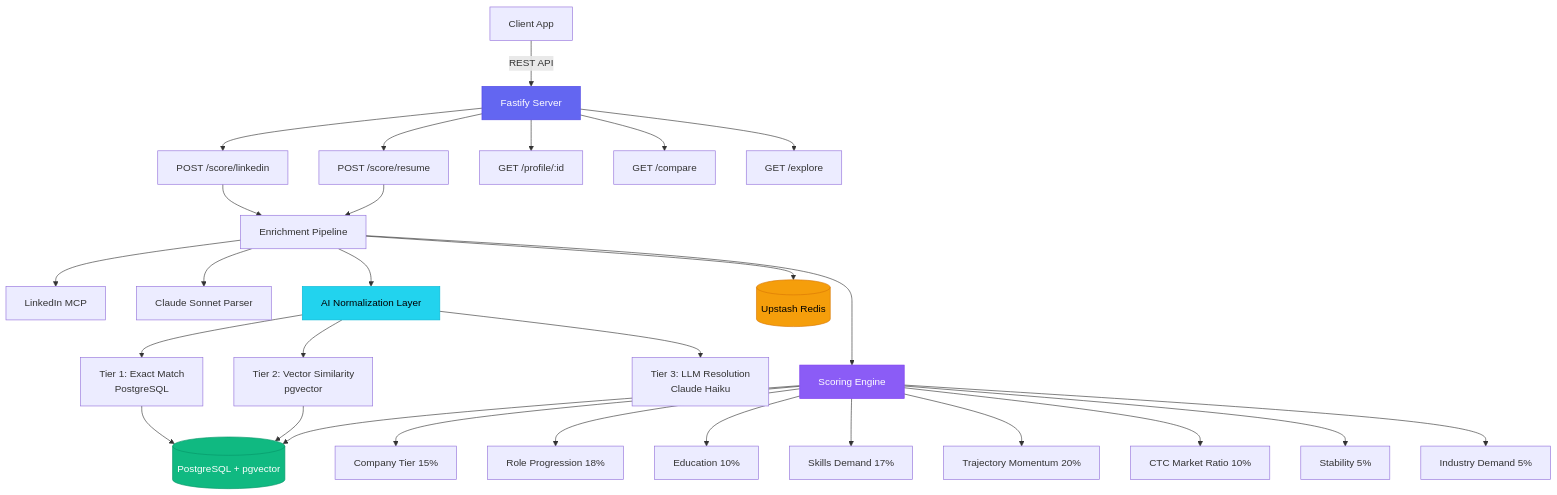
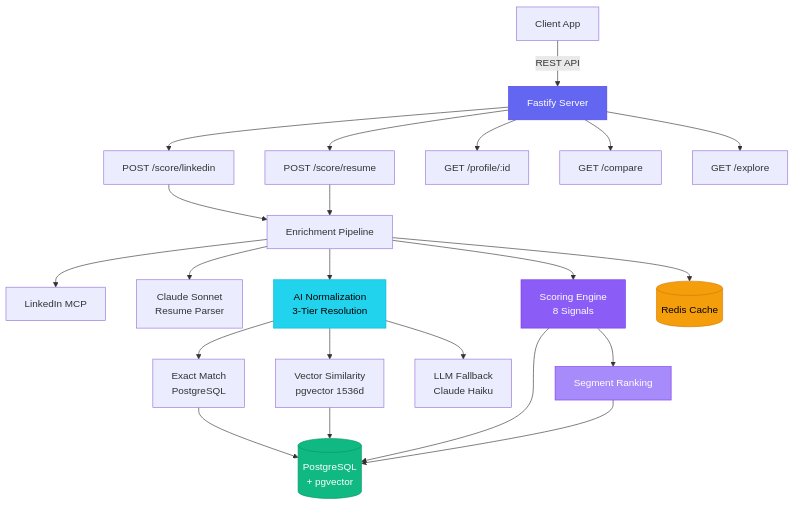
The first of 3 diagrams in README.md (Sarthak88-cypher/Server_Scodash), drawn with Mermaid before and after one commit. The commit also changed other lines of this file, not shown here.

First line of the commit message:
docs: improve README with detailed API docs, architecture diagrams, and setup guide

````diff
--- a/README.md
+++ b/README.md
@@ -7,43 +36,37 @@
 ```mermaid
 graph TB
     Client[Client App] -->|REST API| Server[Fastify Server]
 
     Server --> ScoreLinkedIn[POST /score/linkedin]
     Server --> ScoreResume[POST /score/resume]
     Server --> Profile[GET /profile/:id]
     Server --> Compare[GET /compare]
     Server --> Explore[GET /explore]
 
     ScoreLinkedIn --> Pipeline[Enrichment Pipeline]
     ScoreResume --> Pipeline
 
     Pipeline --> LinkedInMCP[LinkedIn MCP]
-    Pipeline --> ResumeParse[Claude Sonnet Parser]
-    Pipeline --> AILayer[AI Normalization Layer]
+    Pipeline --> ResumeParse[Claude Sonnet<br/>Resume Parser]
+    Pipeline --> AILayer[AI Normalization<br/>3-Tier Resolution]
 
-    AILayer --> ExactMatch[Tier 1: Exact Match<br/>PostgreSQL]
-    AILayer --> VectorSearch[Tier 2: Vector Similarity<br/>pgvector]
-    AILayer --> LLMFallback[Tier 3: LLM Resolution<br/>Claude Haiku]
+    AILayer --> ExactMatch[Exact Match<br/>PostgreSQL]
+    AILayer --> VectorSearch[Vector Similarity<br/>pgvector 1536d]
+    AILayer --> LLMFallback[LLM Fallback<br/>Claude Haiku]
 
-    Pipeline --> ScoringEngine[Scoring Engine]
+    Pipeline --> ScoringEngine[Scoring Engine<br/>8 Signals]
+    ScoringEngine --> Ranking[Segment Ranking]
 
-    ScoringEngine --> S1[Company Tier 15%]
-    ScoringEngine --> S2[Role Progression 18%]
-    ScoringEngine --> S3[Education 10%]
-    ScoringEngine --> S4[Skills Demand 17%]
-    ScoringEngine --> S5[Trajectory Momentum 20%]
-    ScoringEngine --> S6[CTC Market Ratio 10%]
-    ScoringEngine --> S7[Stability 5%]
-    ScoringEngine --> S8[Industry Demand 5%]
-
-    ExactMatch --> DB[(PostgreSQL + pgvector)]
+    ExactMatch --> DB[(PostgreSQL<br/>+ pgvector)]
     VectorSearch --> DB
     ScoringEngine --> DB
-    Pipeline --> Redis[(Upstash Redis)]
+    Ranking --> DB
+    Pipeline --> Redis[(Redis Cache)]
 
     style Server fill:#6366f1,stroke:#4f46e5,color:#fff
     style ScoringEngine fill:#8b5cf6,stroke:#7c3aed,color:#fff
     style AILayer fill:#22d3ee,stroke:#06b6d4,color:#000
     style DB fill:#10b981,stroke:#059669,color:#fff
     style Redis fill:#f59e0b,stroke:#d97706,color:#000
+    style Ranking fill:#a78bfa,stroke:#7c3aed,color:#fff
 ```
````
